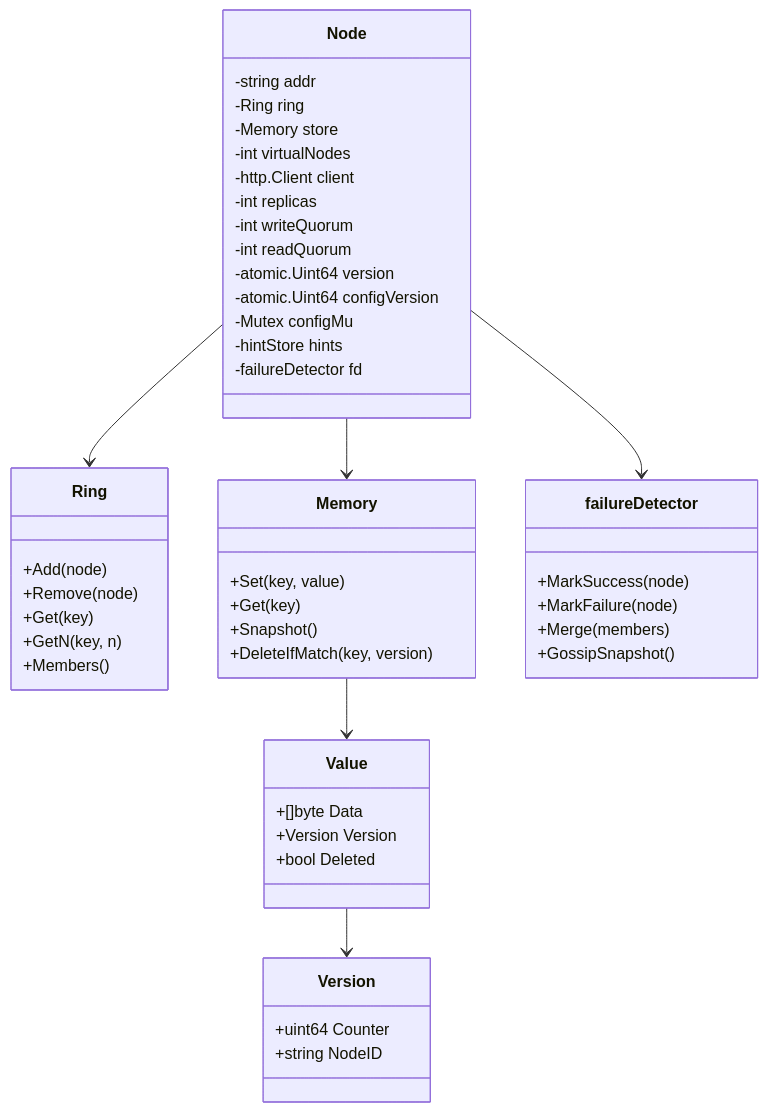
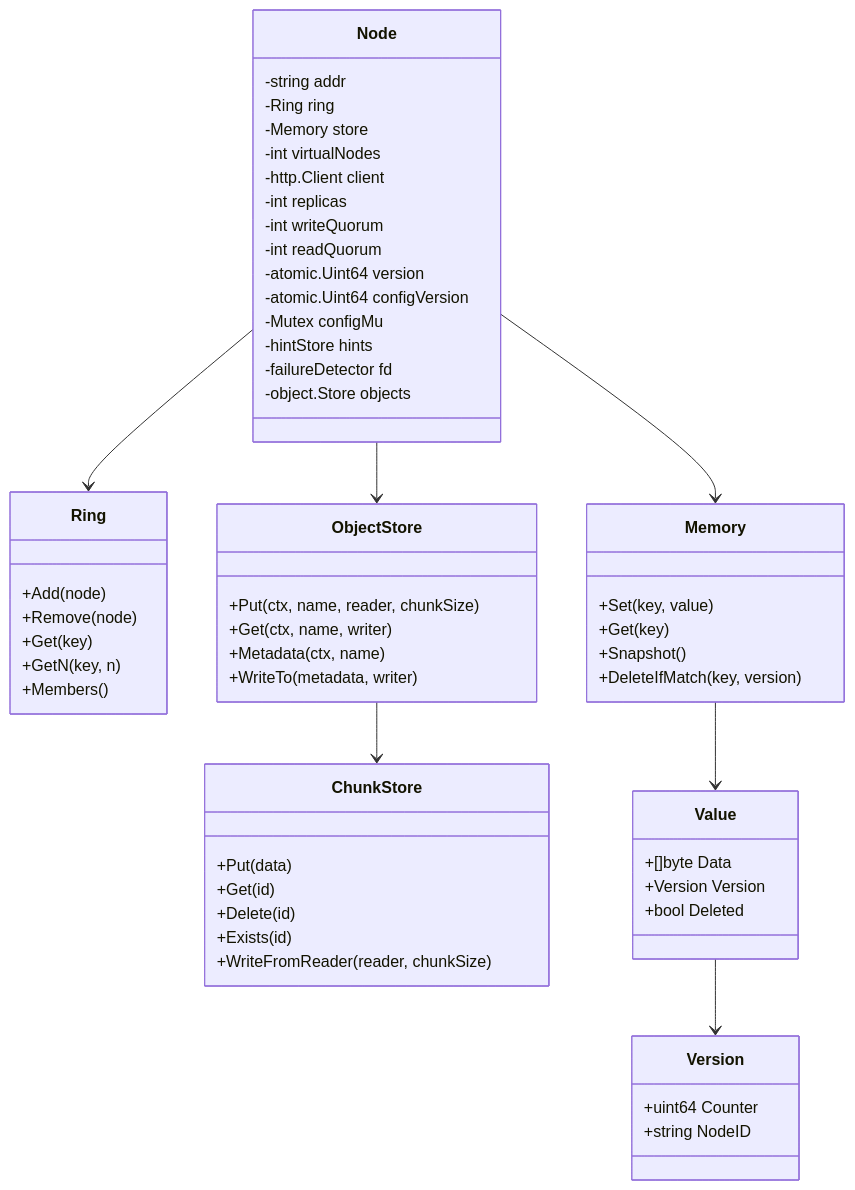
The second of 9 diagrams in ARCHITECTURE.md (huanzichen00/minidist), drawn with Mermaid before and after one commit. The commit also changed other lines of this file, not shown here.

Commit message:
docs: update architecture for object storage layer

````diff
--- a/ARCHITECTURE.md
+++ b/ARCHITECTURE.md
@@ -64,53 +97,67 @@
 ```mermaid
 classDiagram
     class Node {
       -string addr
       -Ring ring
       -Memory store
       -int virtualNodes
       -http.Client client
       -int replicas
       -int writeQuorum
       -int readQuorum
       -atomic.Uint64 version
       -atomic.Uint64 configVersion
       -Mutex configMu
       -hintStore hints
       -failureDetector fd
+      -object.Store objects
     }
 
     class Ring {
       +Add(node)
       +Remove(node)
       +Get(key)
       +GetN(key, n)
       +Members()
     }
+
     class Memory {
       +Set(key, value)
       +Get(key)
       +Snapshot()
       +DeleteIfMatch(key, version)
     }
+
+    class ObjectStore {
+      +Put(ctx, name, reader, chunkSize)
+      +Get(ctx, name, writer)
+      +Metadata(ctx, name)
+      +WriteTo(metadata, writer)
+    }
+
+    class ChunkStore {
+      +Put(data)
+      +Get(id)
+      +Delete(id)
+      +Exists(id)
+      +WriteFromReader(reader, chunkSize)
+    }
+
     class Value {
       +[]byte Data
       +Version Version
       +bool Deleted
     }
+
     class Version {
       +uint64 Counter
       +string NodeID
     }
-    class failureDetector {
-      +MarkSuccess(node)
-      +MarkFailure(node)
-      +Merge(members)
-      +GossipSnapshot()
-    }
 
     Node --> Ring
     Node --> Memory
+    Node --> ObjectStore
+    ObjectStore --> ChunkStore
     Memory --> Value
     Value --> Version
-    Node --> failureDetector
 ```
````
